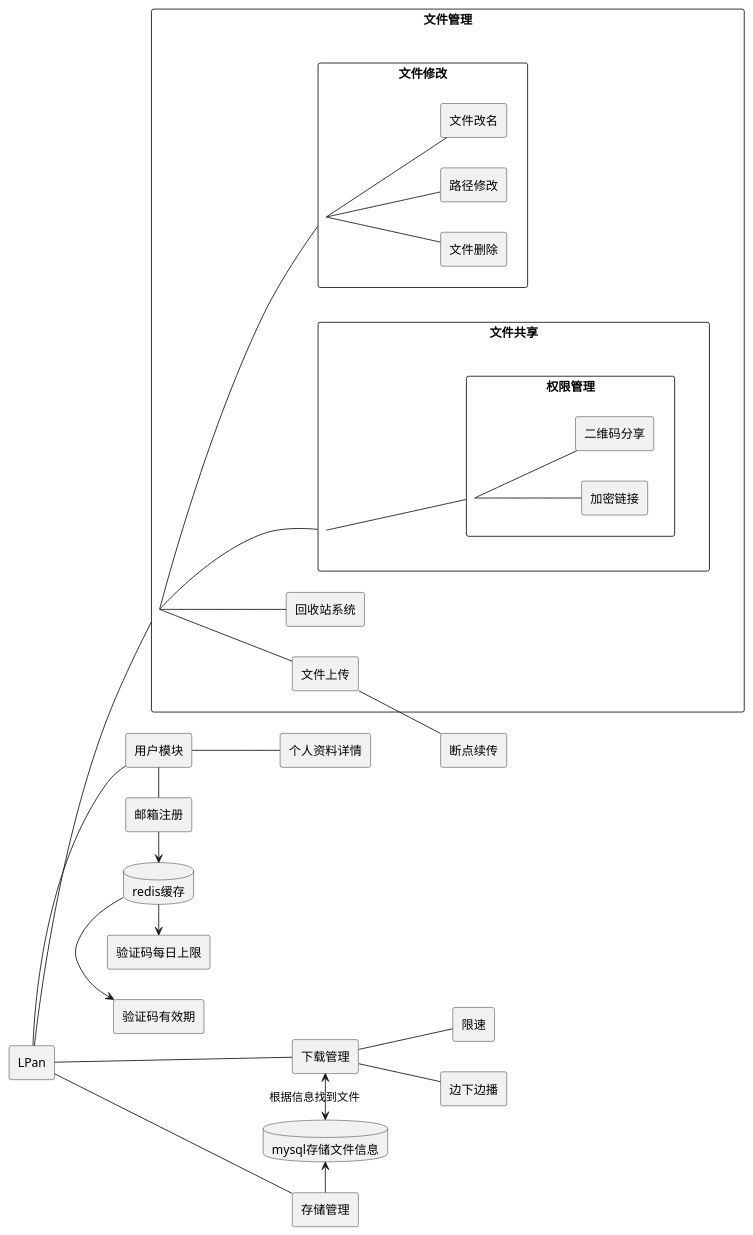
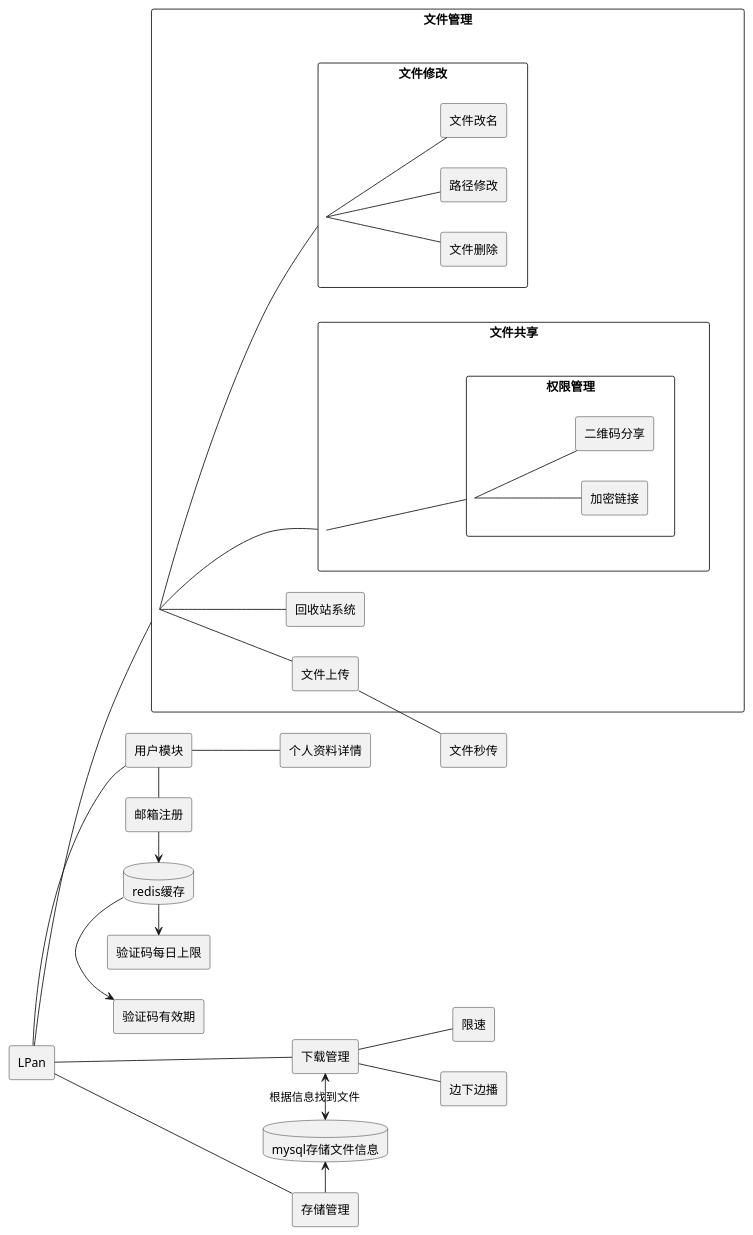
The diagram in LPan.puml (lluckyboi/LPan), drawn with PlantUML before and after one commit. The commit also changed 1 other file, not shown here.

Commit message:
修改架构图 添加文件秒传

```diff
--- a/LPan.puml
+++ b/LPan.puml
@@ -1,95 +1,95 @@
 @startuml
 left to right direction
 skinparam packageStyle rectangle
 
 rectangle  LPan
 
 
 rectangle 用户模块{
     LPan -- 用户模块
 }
 rectangle 邮箱注册{
     用户模块 - 邮箱注册
 }
 database redis[
     redis缓存
 ]
 redis ->验证码有效期
 redis ->验证码每日上限
 邮箱注册 -> redis
 rectangle 验证码有效期{
 }
 rectangle 验证码每日上限{
 }
 rectangle 个人资料详情{
     用户模块  -- 个人资料详情
 }
 
 
 
 
 rectangle 存储管理{
     LPan -- 存储管理
 }
 database mysql[
 mysql存储文件信息
 ]
 mysql <- 存储管理
 
 下载管理<->mysql:根据信息找到文件
 
 
 
 rectangle 文件管理{
     LPan -- 文件管理
 }
 rectangle 文件管理{
    文件管理--文件共享
    文件管理--文件修改
    文件管理--文件上传
    文件管理--回收站系统
 }
 rectangle 文件修改{
     文件修改--文件删除
     文件修改--路径修改
     文件修改--文件改名
 }
 rectangle 文件删除{
 }
 rectangle 路径修改{
 }
 rectangle 文件改名{
 }
 
 rectangle 文件上传{
 }
 rectangle 回收站系统{
 }
 rectangle 文件共享{
     文件共享 -- 权限管理
 }
 rectangle 权限管理 {
     权限管理--加密链接
     权限管理--二维码分享
 }
 rectangle 加密链接{
 }
 rectangle 二维码分享{
 }
 
 
 
 rectangle 下载管理{
     LPan---下载管理
 }
 rectangle 限速{
    下载管理--限速
 }
 rectangle 边下边播{
    下载管理--边下边播
 }
-rectangle 断点续传{
-    文件上传--断点续传
+rectangle 文件秒传{
+    文件上传--文件秒传
 }
 
 @enduml
```
